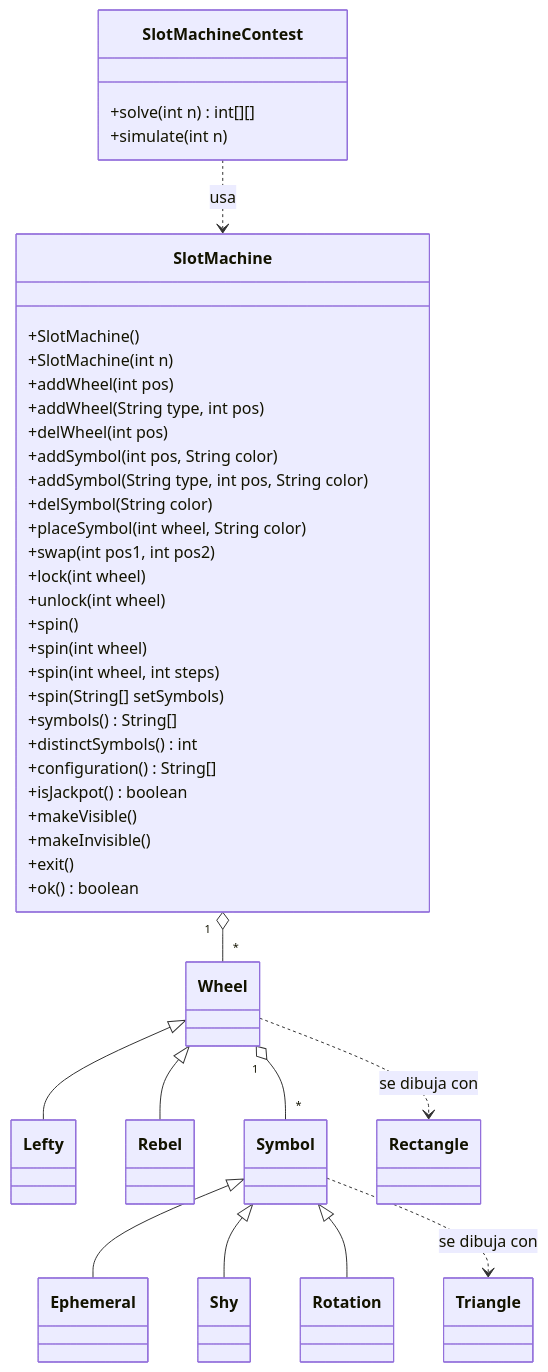
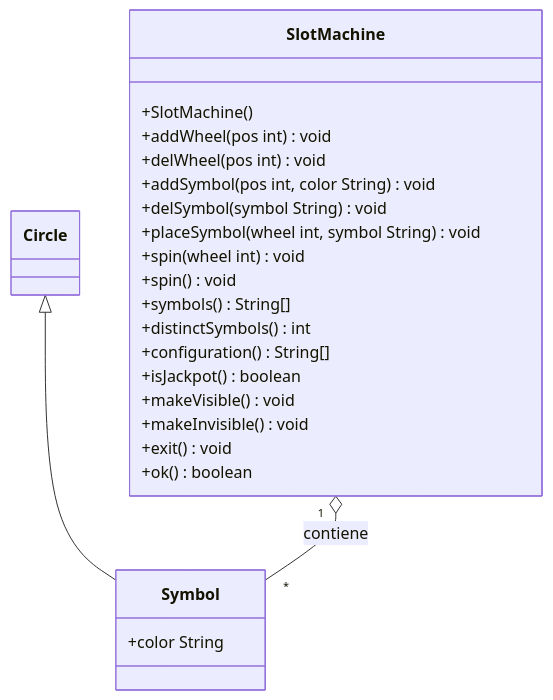
Before and after one commit to PaglkG/Proyecto1-DOPO: the second of 2 diagrams in README.md, drawn with Mermaid. The commit also changed other lines of this file, not shown here.

````diff
--- a/README.md
+++ b/README.md
@@ -52,50 +115,27 @@
 ```mermaid
 classDiagram
     class SlotMachine {
         +SlotMachine()
-        +SlotMachine(int n)
-        +addWheel(int pos)
-        +addWheel(String type, int pos)
-        +delWheel(int pos)
-        +addSymbol(int pos, String color)
-        +addSymbol(String type, int pos, String color)
-        +delSymbol(String color)
-        +placeSymbol(int wheel, String color)
-        +swap(int pos1, int pos2)
-        +lock(int wheel)
-        +unlock(int wheel)
-        +spin()
-        +spin(int wheel)
-        +spin(int wheel, int steps)
-        +spin(String[] setSymbols)
+        +addWheel(pos int) void
+        +delWheel(pos int) void
+        +addSymbol(pos int, color String) void
+        +delSymbol(symbol String) void
+        +placeSymbol(wheel int, symbol String) void
+        +spin(wheel int) void
+        +spin() void
         +symbols() String[]
         +distinctSymbols() int
         +configuration() String[]
         +isJackpot() boolean
-        +makeVisible()
-        +makeInvisible()
-        +exit()
+        +makeVisible() void
+        +makeInvisible() void
+        +exit() void
         +ok() boolean
     }
-    class Wheel
-    class Lefty
-    class Rebel
-    class Symbol
-    class Ephemeral
-    class Shy
-    class Rotation
-    class SlotMachineContest {
-        +solve(int n) int[][]
-        +simulate(int n)
+    class Circle
+    class Symbol {
+        +color String
     }
-    SlotMachine "1" o-- "*" Wheel
-    Wheel "1" o-- "*" Symbol
-    Wheel <|-- Lefty
-    Wheel <|-- Rebel
-    Symbol <|-- Ephemeral
-    Symbol <|-- Shy
-    Symbol <|-- Rotation
-    SlotMachineContest ..> SlotMachine : usa
-    Wheel ..> Rectangle : se dibuja con
-    Symbol ..> Triangle : se dibuja con
+    Circle <|-- Symbol
+    SlotMachine "1" o-- "*" Symbol : contiene
 ```
````
